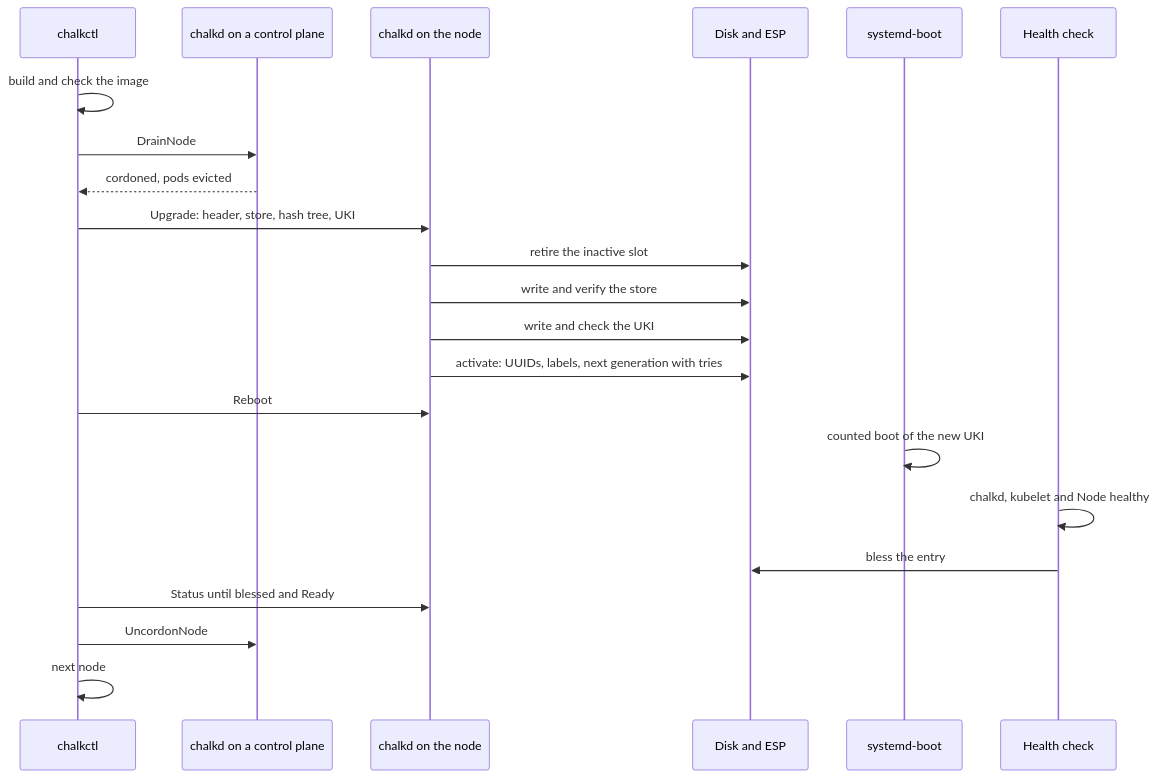
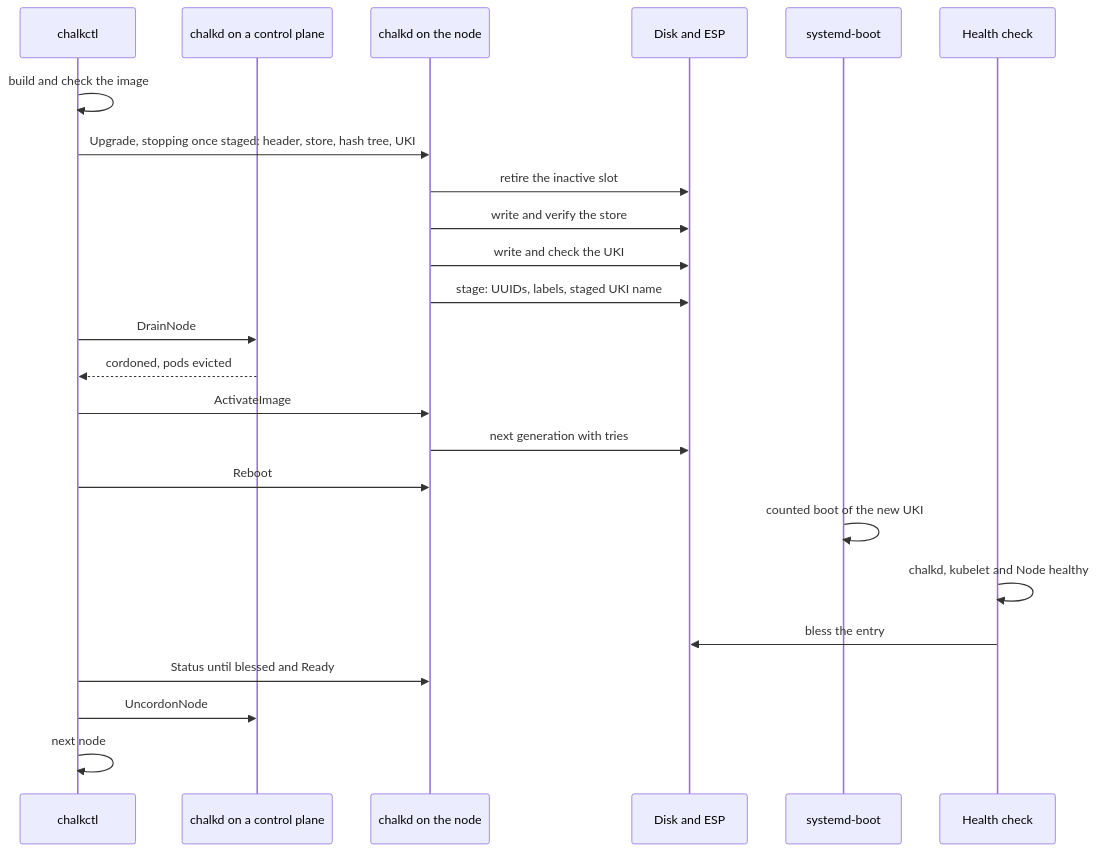
The second of 2 diagrams in docs/how-it-works/kubernetes/upgrades.md (trevex/chalkos), drawn with Mermaid before and after one commit. The commit also changed other lines of this file and 12 other files, not shown here.

Commit message:
docs: stage, activate and reboot an upgrade step by step

````diff
--- a/docs/how-it-works/kubernetes/upgrades.md
+++ b/docs/how-it-works/kubernetes/upgrades.md
@@ -54,24 +55,26 @@
 ```mermaid
 sequenceDiagram
     participant chalkctl
     participant cp as chalkd on a control plane
     participant node as chalkd on the node
     participant disk as Disk and ESP
     participant boot as systemd-boot
     participant health as Health check
     chalkctl->>chalkctl: build and check the image
-    chalkctl->>cp: DrainNode
-    cp-->>chalkctl: cordoned, pods evicted
-    chalkctl->>node: Upgrade: header, store, hash tree, UKI
+    chalkctl->>node: Upgrade, stopping once staged: header, store, hash tree, UKI
     node->>disk: retire the inactive slot
     node->>disk: write and verify the store
     node->>disk: write and check the UKI
-    node->>disk: activate: UUIDs, labels, next generation with tries
+    node->>disk: stage: UUIDs, labels, staged UKI name
+    chalkctl->>cp: DrainNode
+    cp-->>chalkctl: cordoned, pods evicted
+    chalkctl->>node: ActivateImage
+    node->>disk: next generation with tries
     chalkctl->>node: Reboot
     boot->>boot: counted boot of the new UKI
     health->>health: chalkd, kubelet and Node healthy
     health->>disk: bless the entry
     chalkctl->>node: Status until blessed and Ready
     chalkctl->>cp: UncordonNode
     chalkctl->>chalkctl: next node
 ```
````
